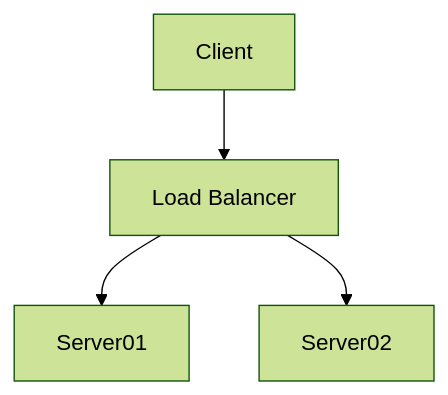
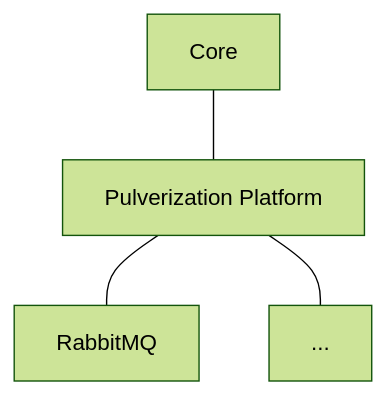
One commit to nicolasfara/pulverization-introduction changed the diagram in content/home/slides.md. Above: the diagram before and after it, drawn with Mermaid (forest theme). The commit also changed other lines of this file and 7 other files, not shown here.

```diff
--- a/content/home/slides.md
+++ b/content/home/slides.md
@@ -40,6 +66,6 @@
 {{< mermaid >}}
 graph TD
-    A[Client] --> B[Load Balancer]
-    B --> C[Server01]
-    B --> D[Server02]
+    A[Core] --- B[Pulverization Platform]
+    B --- C[RabbitMQ]
+    B --- D[...]
 {{< /mermaid >}}
```
